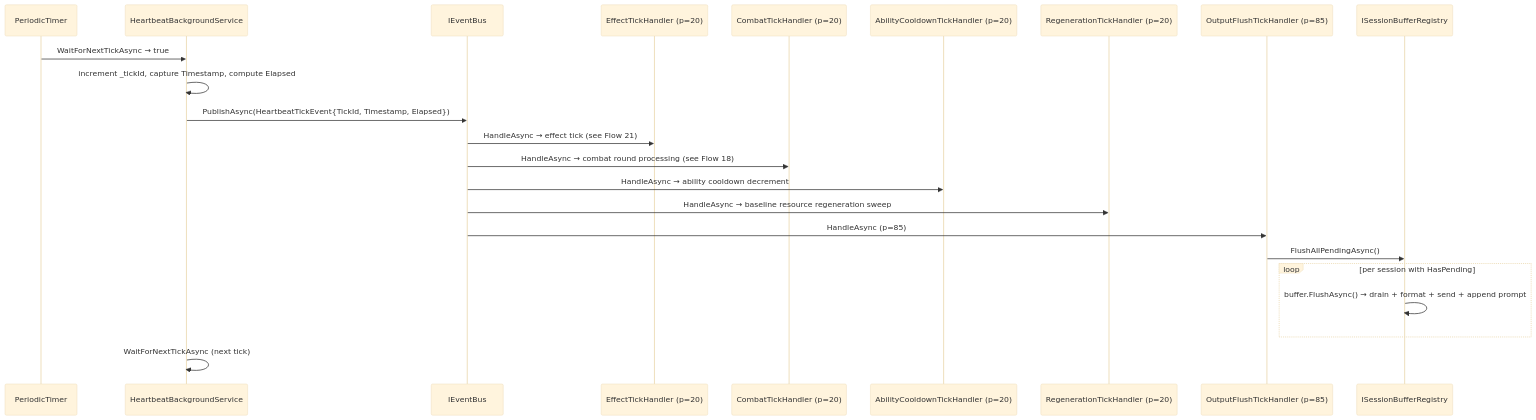
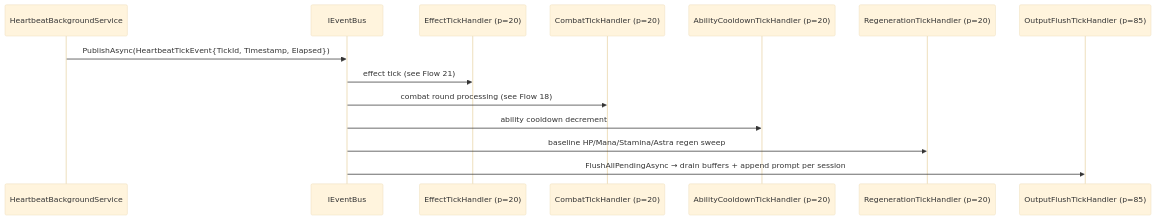
Before and after one commit to dmbyer/Hedron: the diagram in docs/architecture/flows/flow-16-heartbeat-tick.md, drawn with Mermaid (base theme). The commit also changed other lines of this file and 182 other files, not shown here.

````diff
--- a/docs/architecture/flows/flow-16-heartbeat-tick.md
+++ b/docs/architecture/flows/flow-16-heartbeat-tick.md
@@ -9,26 +9,17 @@
 ```mermaid
 sequenceDiagram
-    participant Timer as PeriodicTimer
     participant HBS as HeartbeatBackgroundService
     participant Bus as IEventBus
     participant ETH as EffectTickHandler (p=20)
     participant CTH as CombatTickHandler (p=20)
     participant ACTH as AbilityCooldownTickHandler (p=20)
     participant RTH as RegenerationTickHandler (p=20)
     participant OFTH as OutputFlushTickHandler (p=85)
-    participant Reg as ISessionBufferRegistry
 
-    Timer->>HBS: WaitForNextTickAsync → true
-    HBS->>HBS: increment _tickId, capture Timestamp, compute Elapsed
     HBS->>Bus: PublishAsync(HeartbeatTickEvent{TickId, Timestamp, Elapsed})
-    Bus->>ETH: HandleAsync → effect tick (see Flow 21)
-    Bus->>CTH: HandleAsync → combat round processing (see Flow 18)
-    Bus->>ACTH: HandleAsync → ability cooldown decrement
-    Bus->>RTH: HandleAsync → baseline resource regeneration sweep
-    Bus->>OFTH: HandleAsync (p=85)
-    OFTH->>Reg: FlushAllPendingAsync()
-    loop per session with HasPending
-        Reg->>Reg: buffer.FlushAsync() → drain + format + send + append prompt
-    end
-    HBS->>HBS: WaitForNextTickAsync (next tick)
+    Bus->>ETH: effect tick (see Flow 21)
+    Bus->>CTH: combat round processing (see Flow 18)
+    Bus->>ACTH: ability cooldown decrement
+    Bus->>RTH: baseline HP/Mana/Stamina/Astra regen sweep
+    Bus->>OFTH: FlushAllPendingAsync → drain buffers + append prompt per session
 ```
````
